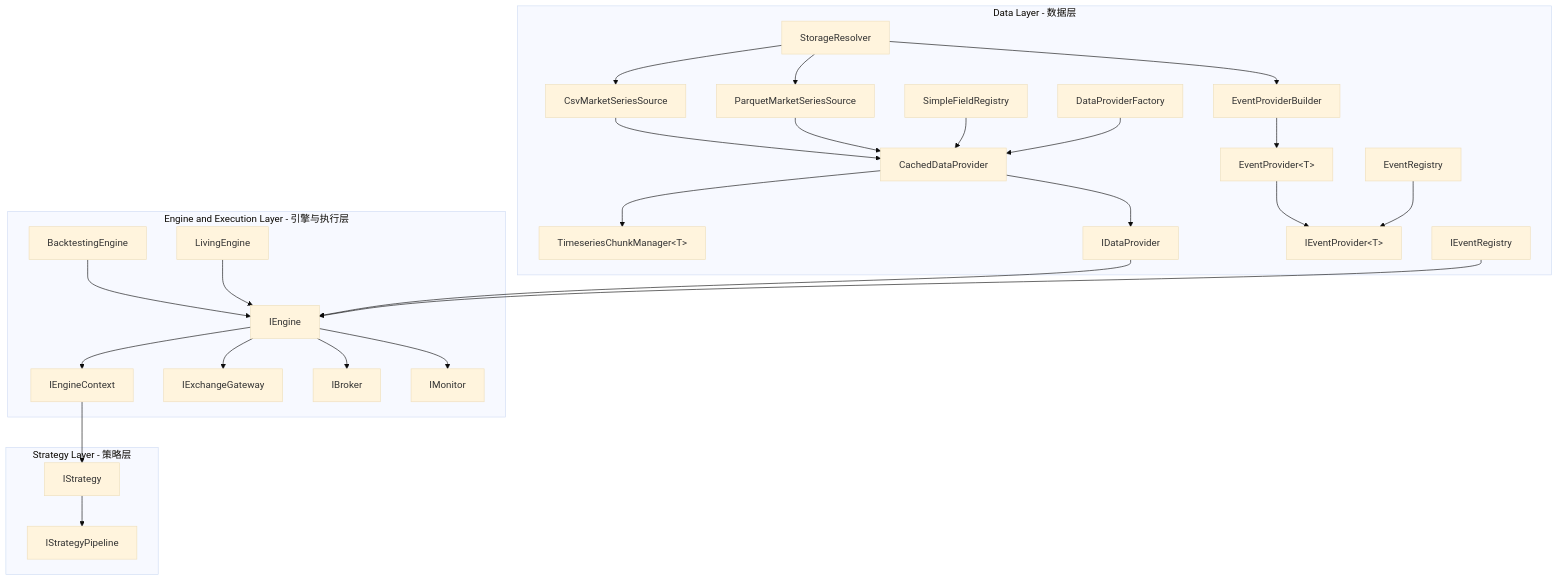
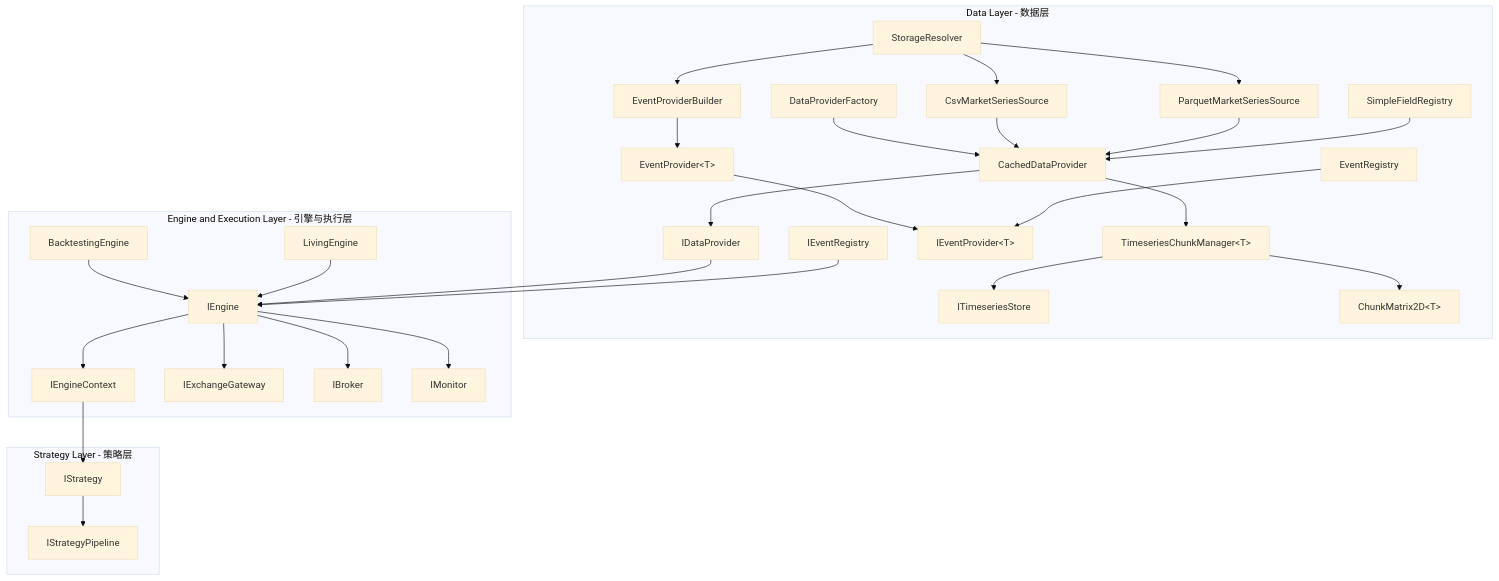
Before and after one commit to CRThu/CarrotQuant.Net: the diagram in AGENTS.md, drawn with Mermaid (base theme). The commit also changed other lines of this file and 29 other files, not shown here.

First line of the commit message:
refactor(data): 重构核心矩阵契约并统一领域命名为 Matrix 与 Store

````diff
--- a/AGENTS.md
+++ b/AGENTS.md
@@ -9,58 +9,62 @@
 ```mermaid
 graph TD
     subgraph DataLayer [Data Layer - 数据层]
         StorageResolver[StorageResolver]
         CsvMarketSeriesSource[CsvMarketSeriesSource]
         ParquetMarketSeriesSource[ParquetMarketSeriesSource]
         SimpleFieldRegistry[SimpleFieldRegistry]
+        DataProviderFactory[DataProviderFactory]
         CachedDataProvider[CachedDataProvider]
         TimeseriesChunkManager[TimeseriesChunkManager&lt;T&gt;]
-        DataProviderFactory[DataProviderFactory]
+        ITimeseriesStore[ITimeseriesStore]
+        ChunkMatrix2D[ChunkMatrix2D&lt;T&gt;]
         IDataProvider[IDataProvider]
         EventProvider[EventProvider&lt;T&gt;]
         EventProviderBuilder[EventProviderBuilder]
         EventRegistry[EventRegistry]
         IEventProvider[IEventProvider&lt;T&gt;]
         IEventRegistry[IEventRegistry]
 
         StorageResolver --> CsvMarketSeriesSource
         StorageResolver --> ParquetMarketSeriesSource
+        DataProviderFactory --> CachedDataProvider
         CsvMarketSeriesSource --> CachedDataProvider
         ParquetMarketSeriesSource --> CachedDataProvider
         SimpleFieldRegistry --> CachedDataProvider
         CachedDataProvider --> TimeseriesChunkManager
+        TimeseriesChunkManager --> ITimeseriesStore
+        TimeseriesChunkManager --> ChunkMatrix2D
         CachedDataProvider --> IDataProvider
-        DataProviderFactory --> CachedDataProvider
         StorageResolver --> EventProviderBuilder
         EventProviderBuilder --> EventProvider
         EventProvider --> IEventProvider
         EventRegistry --> IEventProvider
     end
 
     subgraph EngineExecutionLayer [Engine and Execution Layer - 引擎与执行层]
         BacktestingEngine[BacktestingEngine]
         LivingEngine[LivingEngine]
         IEngine[IEngine]
         IEngineContext[IEngineContext]
         IExchangeGateway[IExchangeGateway]
         IBroker[IBroker]
         IMonitor[IMonitor]
 
         BacktestingEngine --> IEngine
         LivingEngine --> IEngine
         IDataProvider --> IEngine
         IEventRegistry --> IEngine
         IEngine --> IExchangeGateway
         IEngine --> IBroker
         IEngine --> IMonitor
         IEngine --> IEngineContext
     end
 
     subgraph StrategyLayer [Strategy Layer - 策略层]
         IStrategy[IStrategy]
         IStrategyPipeline[IStrategyPipeline]
 
         IEngineContext --> IStrategy
         IStrategy --> IStrategyPipeline
     end
 ```
````
